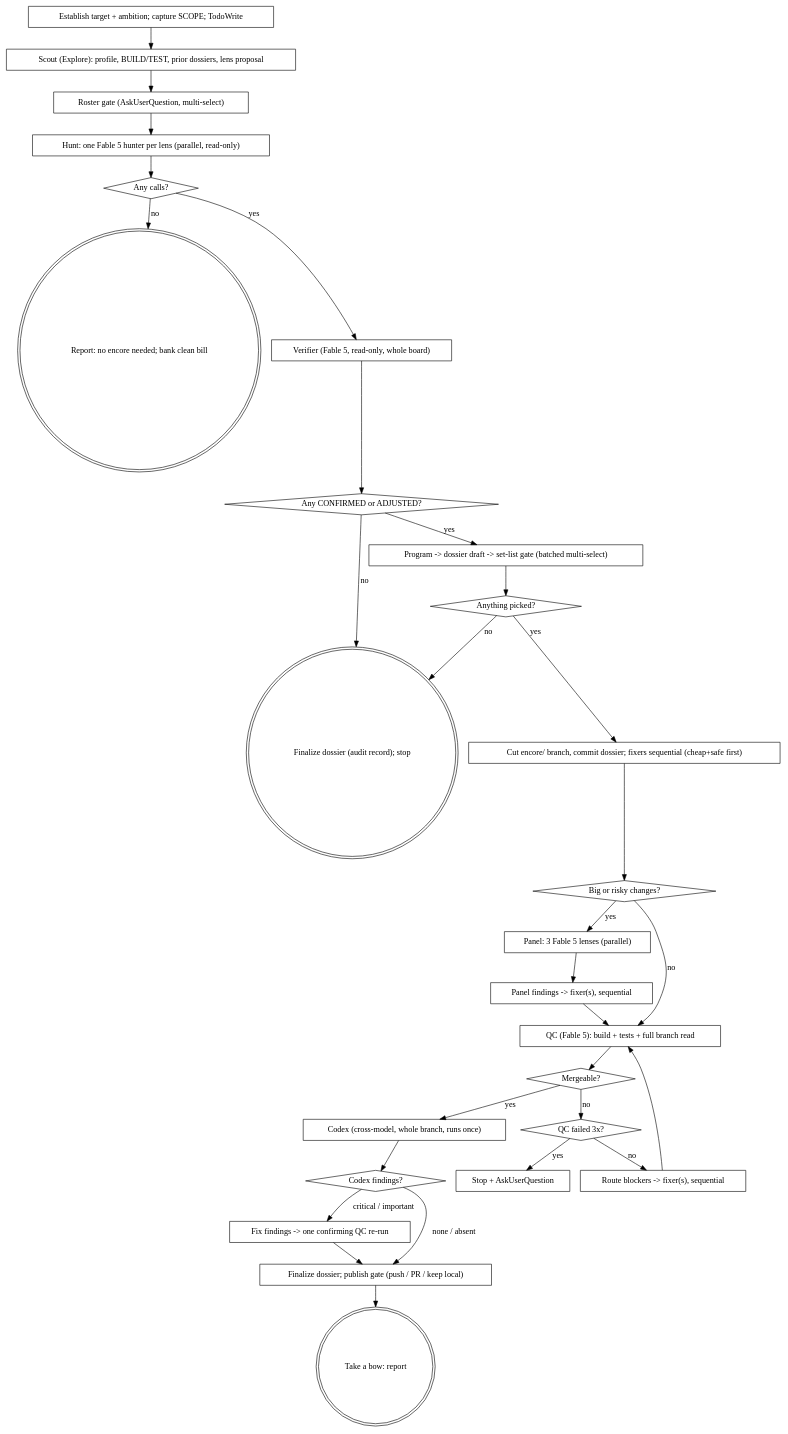
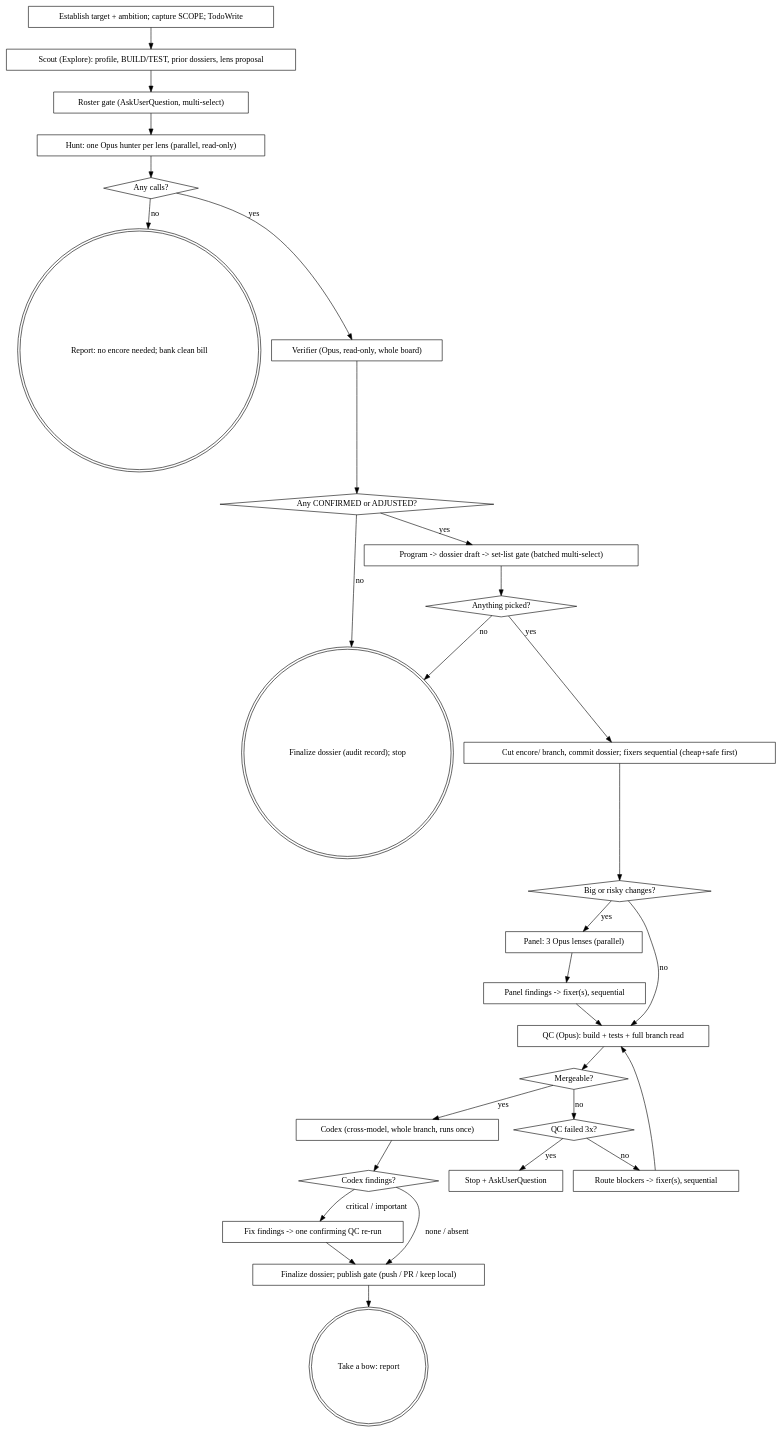
The diagram in skills/encore/SKILL.md (PythonShe/Repertoire), drawn with Graphviz before and after one commit. The commit also changed other lines of this file and 38 other files, not shown here.

First line of the commit message:
feat: retune every subagent seat to Opus at xhigh — Fable 5 suspended by export order

````diff
--- a/skills/encore/SKILL.md
+++ b/skills/encore/SKILL.md
@@ -83,55 +83,55 @@
 ```dot
 digraph encore {
     rankdir=TB;
     "Establish target + ambition; capture SCOPE; TodoWrite" [shape=box];
     "Scout (Explore): profile, BUILD/TEST, prior dossiers, lens proposal" [shape=box];
     "Roster gate (AskUserQuestion, multi-select)" [shape=box];
-    "Hunt: one Fable 5 hunter per lens (parallel, read-only)" [shape=box];
+    "Hunt: one Opus hunter per lens (parallel, read-only)" [shape=box];
     "Any calls?" [shape=diamond];
     "Report: no encore needed; bank clean bill" [shape=doublecircle];
-    "Verifier (Fable 5, read-only, whole board)" [shape=box];
+    "Verifier (Opus, read-only, whole board)" [shape=box];
     "Any CONFIRMED or ADJUSTED?" [shape=diamond];
     "Finalize dossier (audit record); stop" [shape=doublecircle];
     "Program -> dossier draft -> set-list gate (batched multi-select)" [shape=box];
     "Anything picked?" [shape=diamond];
     "Cut encore/ branch, commit dossier; fixers sequential (cheap+safe first)" [shape=box];
     "Big or risky changes?" [shape=diamond];
-    "Panel: 3 Fable 5 lenses (parallel)" [shape=box];
+    "Panel: 3 Opus lenses (parallel)" [shape=box];
     "Panel findings -> fixer(s), sequential" [shape=box];
-    "QC (Fable 5): build + tests + full branch read" [shape=box];
+    "QC (Opus): build + tests + full branch read" [shape=box];
     "Mergeable?" [shape=diamond];
     "QC failed 3x?" [shape=diamond];
     "Route blockers -> fixer(s), sequential" [shape=box];
     "Stop + AskUserQuestion" [shape=box];
     "Codex (cross-model, whole branch, runs once)" [shape=box];
     "Codex findings?" [shape=diamond];
     "Fix findings -> one confirming QC re-run" [shape=box];
     "Finalize dossier; publish gate (push / PR / keep local)" [shape=box];
     "Take a bow: report" [shape=doublecircle];
 
-    "Establish target + ambition; capture SCOPE; TodoWrite" -> "Scout (Explore): profile, BUILD/TEST, prior dossiers, lens proposal" -> "Roster gate (AskUserQuestion, multi-select)" -> "Hunt: one Fable 5 hunter per lens (parallel, read-only)" -> "Any calls?";
+    "Establish target + ambition; capture SCOPE; TodoWrite" -> "Scout (Explore): profile, BUILD/TEST, prior dossiers, lens proposal" -> "Roster gate (AskUserQuestion, multi-select)" -> "Hunt: one Opus hunter per lens (parallel, read-only)" -> "Any calls?";
     "Any calls?" -> "Report: no encore needed; bank clean bill" [label="no"];
-    "Any calls?" -> "Verifier (Fable 5, read-only, whole board)" [label="yes"];
-    "Verifier (Fable 5, read-only, whole board)" -> "Any CONFIRMED or ADJUSTED?";
+    "Any calls?" -> "Verifier (Opus, read-only, whole board)" [label="yes"];
+    "Verifier (Opus, read-only, whole board)" -> "Any CONFIRMED or ADJUSTED?";
     "Any CONFIRMED or ADJUSTED?" -> "Finalize dossier (audit record); stop" [label="no"];
     "Any CONFIRMED or ADJUSTED?" -> "Program -> dossier draft -> set-list gate (batched multi-select)" [label="yes"];
     "Program -> dossier draft -> set-list gate (batched multi-select)" -> "Anything picked?";
     "Anything picked?" -> "Finalize dossier (audit record); stop" [label="no"];
     "Anything picked?" -> "Cut encore/ branch, commit dossier; fixers sequential (cheap+safe first)" [label="yes"];
     "Cut encore/ branch, commit dossier; fixers sequential (cheap+safe first)" -> "Big or risky changes?";
-    "Big or risky changes?" -> "Panel: 3 Fable 5 lenses (parallel)" [label="yes"];
-    "Big or risky changes?" -> "QC (Fable 5): build + tests + full branch read" [label="no"];
-    "Panel: 3 Fable 5 lenses (parallel)" -> "Panel findings -> fixer(s), sequential" -> "QC (Fable 5): build + tests + full branch read";
-    "QC (Fable 5): build + tests + full branch read" -> "Mergeable?";
+    "Big or risky changes?" -> "Panel: 3 Opus lenses (parallel)" [label="yes"];
+    "Big or risky changes?" -> "QC (Opus): build + tests + full branch read" [label="no"];
+    "Panel: 3 Opus lenses (parallel)" -> "Panel findings -> fixer(s), sequential" -> "QC (Opus): build + tests + full branch read";
+    "QC (Opus): build + tests + full branch read" -> "Mergeable?";
     "Mergeable?" -> "Codex (cross-model, whole branch, runs once)" [label="yes"];
     "Mergeable?" -> "QC failed 3x?" [label="no"];
     "QC failed 3x?" -> "Stop + AskUserQuestion" [label="yes"];
     "QC failed 3x?" -> "Route blockers -> fixer(s), sequential" [label="no"];
-    "Route blockers -> fixer(s), sequential" -> "QC (Fable 5): build + tests + full branch read";
+    "Route blockers -> fixer(s), sequential" -> "QC (Opus): build + tests + full branch read";
     "Codex (cross-model, whole branch, runs once)" -> "Codex findings?";
     "Codex findings?" -> "Finalize dossier; publish gate (push / PR / keep local)" [label="none / absent"];
     "Codex findings?" -> "Fix findings -> one confirming QC re-run" [label="critical / important"];
     "Fix findings -> one confirming QC re-run" -> "Finalize dossier; publish gate (push / PR / keep local)";
     "Finalize dossier; publish gate (push / PR / keep local)" -> "Take a bow: report";
 }
 ```
````
